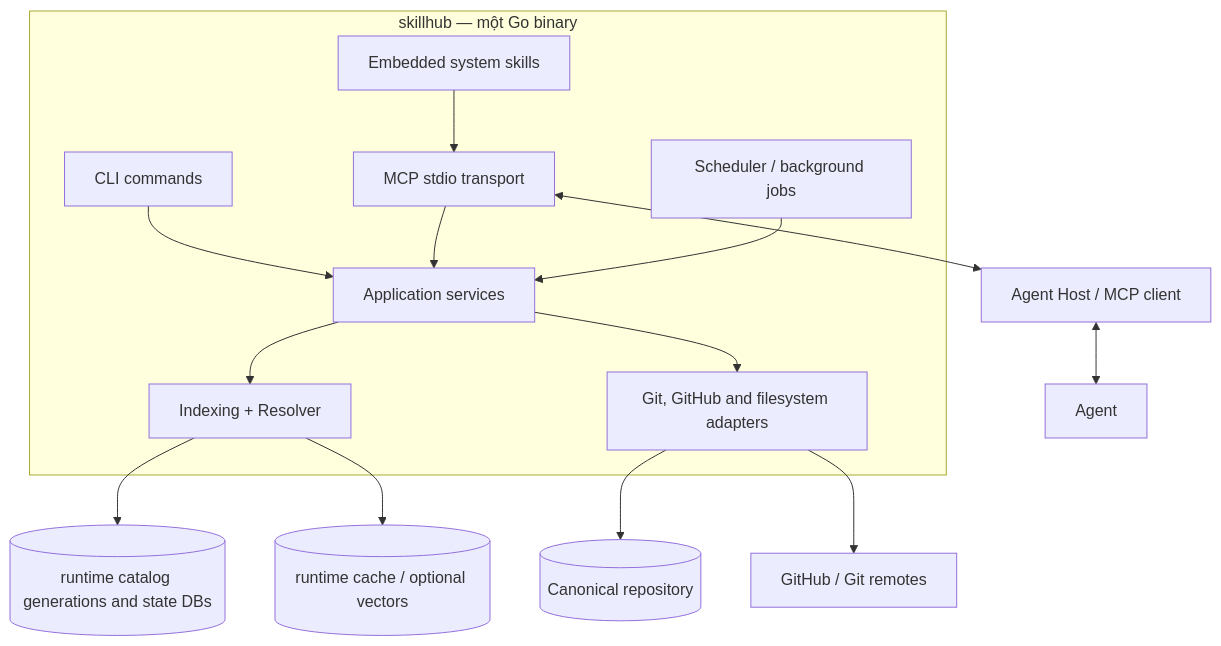
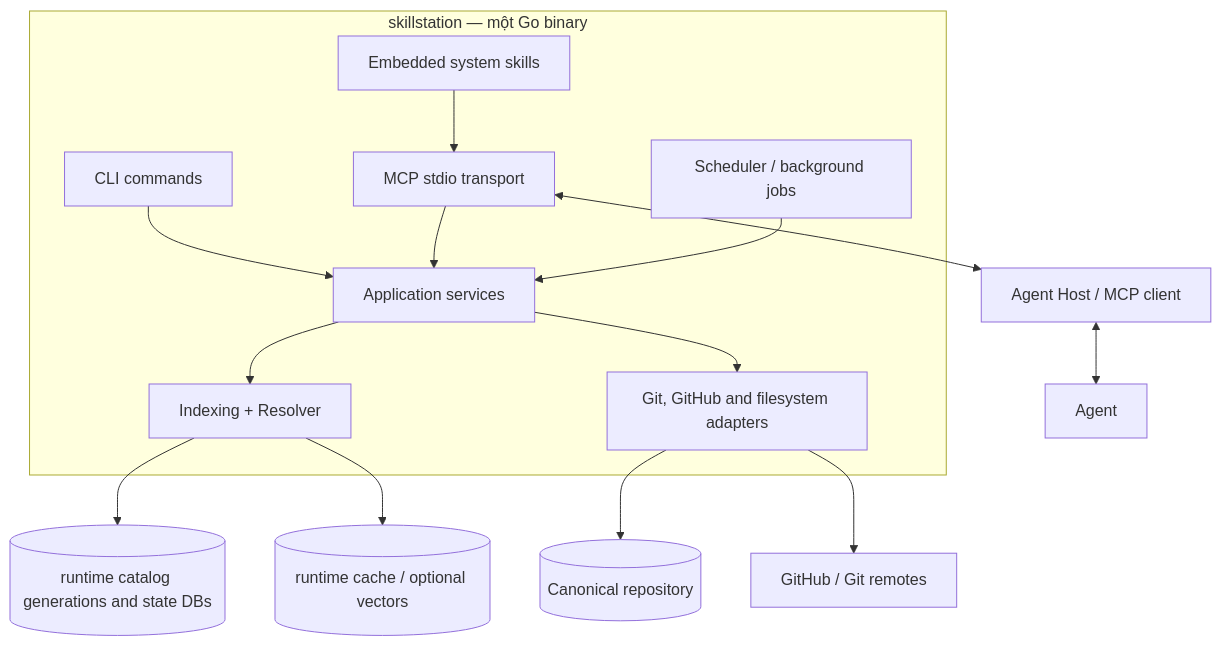
One commit to vantt/skillstation changed the third of 10 diagrams in docs/design/01-system-architecture.md. Above: the diagram before and after it, drawn with Mermaid. The commit also changed other lines of this file and 381 other files, not shown here.

Commit message:
refactor: rename the skillhub command, server names, protocol strings and identifiers to skillstation

````diff
--- a/docs/design/01-system-architecture.md
+++ b/docs/design/01-system-architecture.md
@@ -93,32 +93,32 @@
 ```mermaid
 flowchart TB
-    subgraph Binary[skillhub — một Go binary]
+    subgraph Binary[skillstation — một Go binary]
       CLI[CLI commands]
       MCP[MCP stdio transport]
       SYS[Embedded system skills]
       APP[Application services]
       IDX[Indexing + Resolver]
       JOB[Scheduler / background jobs]
       ADP[Git, GitHub and filesystem adapters]
     end
 
     REPO[(Canonical repository)]
     DB[(runtime catalog generations and state DBs)]
     CACHE[(runtime cache / optional vectors)]
     REMOTE[GitHub / Git remotes]
     CLIENT[Agent Host / MCP client]
     AGENT[Agent]
 
     CLI --> APP
     MCP --> APP
     SYS --> MCP
     APP --> IDX
     APP --> ADP
     JOB --> APP
     ADP --> REPO
     ADP --> REMOTE
     IDX --> DB
     IDX --> CACHE
     MCP <--> CLIENT
     CLIENT <--> AGENT
 ```
````
